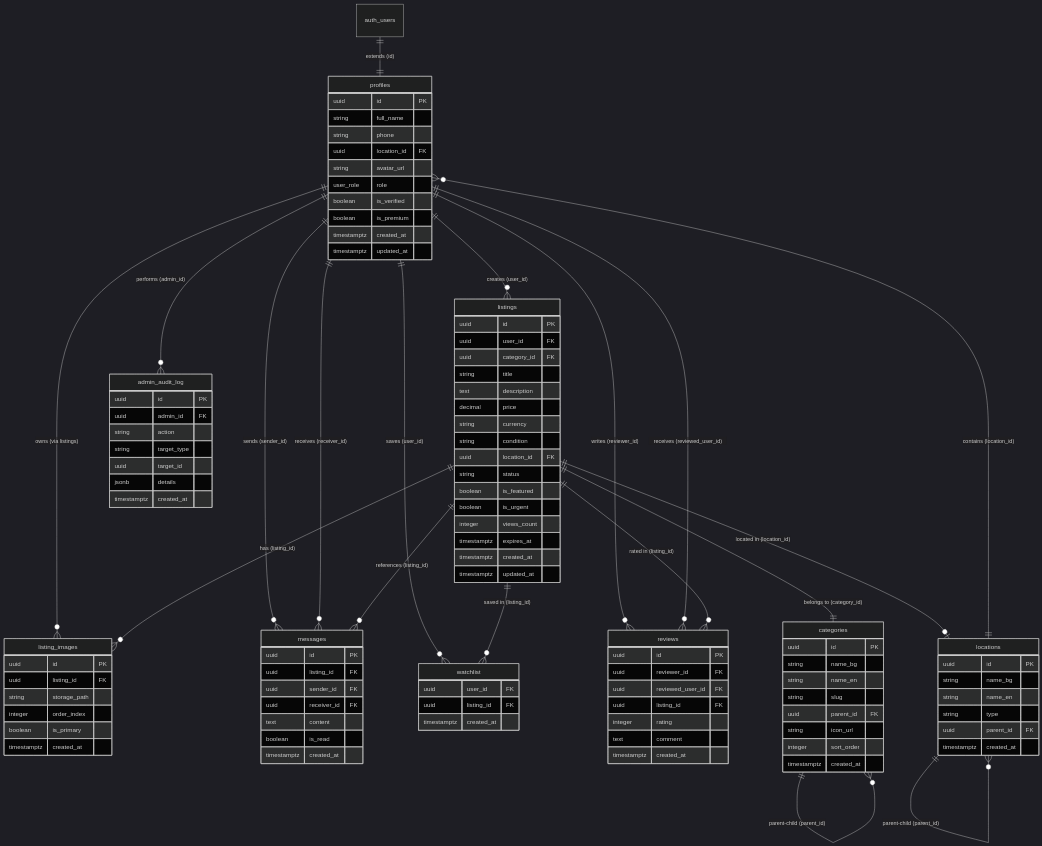
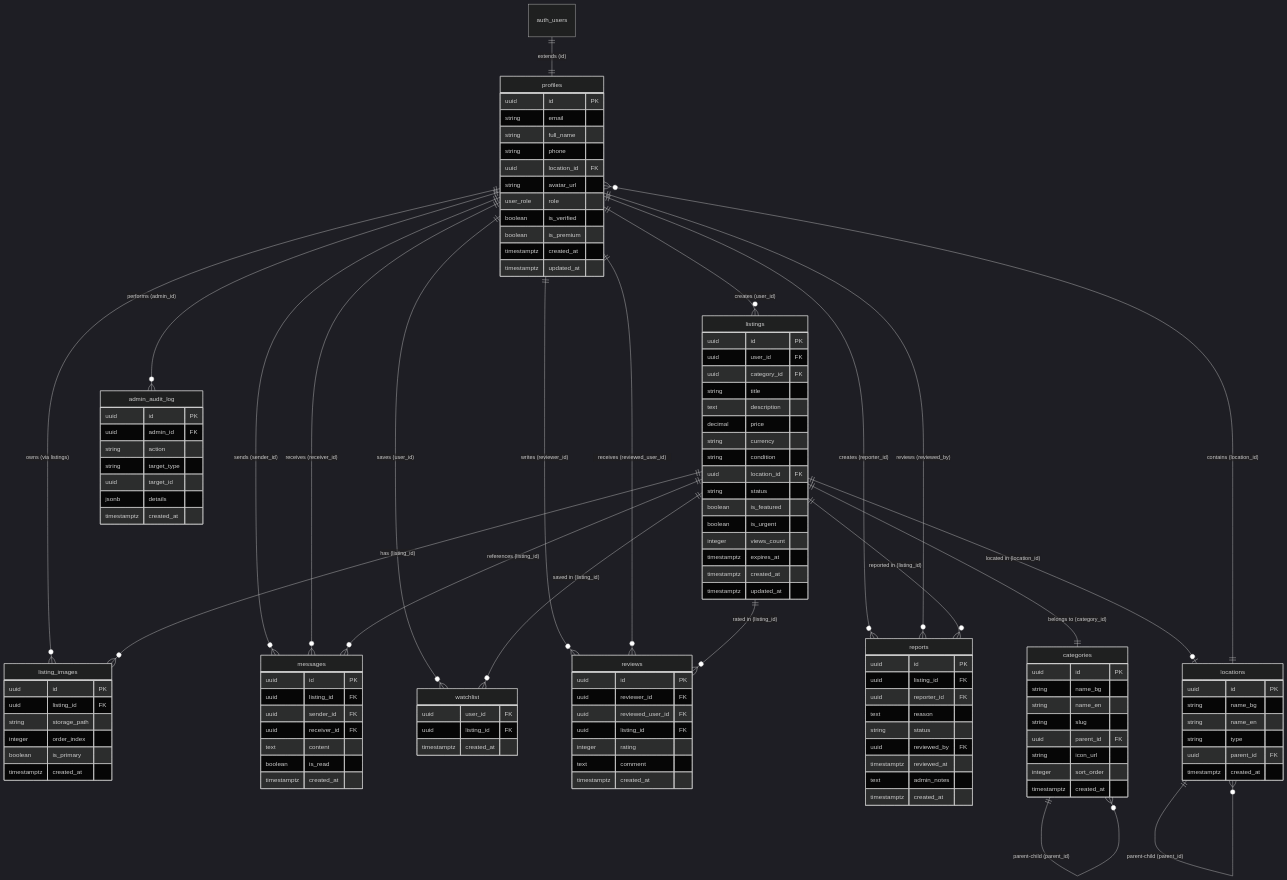
Before and after one commit to momtchilbotev/metalcutting-hub: the diagram in README.md, drawn with Mermaid (dark theme). The commit also changed other lines of this file, not shown here.

Commit message:
Add user reports and storage buckets sections to README

````diff
--- a/README.md
+++ b/README.md
@@ -206,6 +232,8 @@
     profiles ||--o{ reviews : "writes (reviewer_id)"
     profiles ||--o{ reviews : "receives (reviewed_user_id)"
     profiles ||--o{ admin_audit_log : "performs (admin_id)"
+    profiles ||--o{ reports : "creates (reporter_id)"
+    profiles ||--o{ reports : "reviews (reviewed_by)"
 
     listings ||--|| categories : "belongs to (category_id)"
     listings ||--o| locations : "located in (location_id)"
@@ -213,6 +241,7 @@
     listings ||--o{ messages : "references (listing_id)"
     listings ||--o{ watchlist : "saved in (listing_id)"
     listings ||--o{ reviews : "rated in (listing_id)"
+    listings ||--o{ reports : "reported in (listing_id)"
 
     locations ||--o{ locations : "parent-child (parent_id)"
     locations ||--o{ profiles : "contains (location_id)"
@@ -223,6 +252,7 @@
 
     profiles {
         uuid id PK
+        string email
         string full_name
         string phone
         uuid location_id FK
@@ -317,4 +347,16 @@
         jsonb details
         timestamptz created_at
     }
+
+    reports {
+        uuid id PK
+        uuid listing_id FK
+        uuid reporter_id FK
+        text reason
+        string status
+        uuid reviewed_by FK
+        timestamptz reviewed_at
+        text admin_notes
+        timestamptz created_at
+    }
 ```
````
